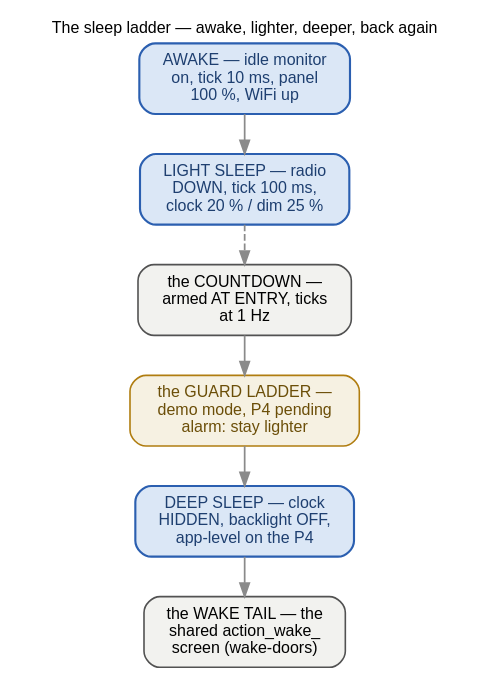
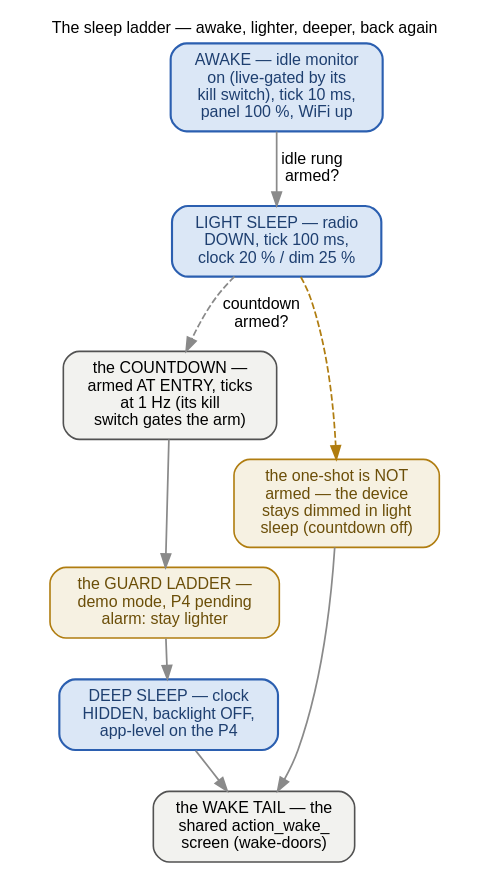
Before and after one commit to ukos-git/moon-clock-esp: the diagram in docs/_graphs/sleep-entry.dot, drawn with Graphviz. The commit also changed 38 other files, not shown here.

```diff
--- a/docs/_graphs/sleep-entry.dot
+++ b/docs/_graphs/sleep-entry.dot
@@ -1,40 +1,44 @@
 // The sleep-entry ladder as a black box: awake -> light sleep (which
 // ARMS the deep countdown at entry) -> the countdown -> the two
 // guards -> deep sleep -> the shared wake tail. Every edge verified
 // in components/clock/clock_idle.c, settings_store.c, main/main.cpp
 // (:625/:629) and components/ui/actions.c
 // (action_switch_to_light_sleep_screen :1476,
 // action_switch_to_deep_sleep_screen :1185). The guard internals are
 // docs/_graphs/sleep-entry-guards.dot; the exit side — which doors
 // wake it and what the tail does — is docs/_graphs/wake-doors.dot.
 // FONTS: 12 pt = the page's 16 px body text at 1:1 — kept inside the
 // content column.
 // Rendered inline as SVG by sphinx.ext.graphviz (dot on PATH).
 digraph sleep_entry {
     rankdir=TB;
     label="The sleep ladder — awake, lighter, deeper, back again";
     labelloc="t"; labeljust="c";
     fontname="Helvetica"; fontsize=12;
     graph [nodesep=0.4, ranksep=0.42];
     node [fontname="Helvetica", fontsize=12, shape=box, style="rounded,filled",
           width=0, height=0, margin="0.16,0.10", fillcolor="#f2f2ef",
           color="#525252", penwidth=1.2];
     edge [fontname="Helvetica", fontsize=12, color="#8a8a8a", penwidth=1.3];
 
-    awake [label="AWAKE — idle monitor\non, tick 10 ms, panel\n100 %, WiFi up",
+    awake [label="AWAKE — idle monitor\non (live-gated by its\nkill switch), tick 10 ms,\npanel 100 %, WiFi up",
            fillcolor="#dbe7f6", color="#2b5fb0", fontcolor="#1e3f70", penwidth=1.6];
     light [label="LIGHT SLEEP — radio\nDOWN, tick 100 ms,\nclock 20 % / dim 25 %",
            fillcolor="#dbe7f6", color="#2b5fb0", fontcolor="#1e3f70", penwidth=1.6];
-    count [label="the COUNTDOWN —\narmed AT ENTRY, ticks\nat 1 Hz"];
+    count [label="the COUNTDOWN —\narmed AT ENTRY, ticks\nat 1 Hz (its kill\nswitch gates the arm)"];
+    staylit [label="the one-shot is NOT\narmed — the device\nstays dimmed in light\nsleep (countdown off)",
+             fillcolor="#f6f1e2", color="#b07d10", fontcolor="#6b4e08"];
     guards [label="the GUARD LADDER —\ndemo mode, P4 pending\nalarm: stay lighter",
             fillcolor="#f6f1e2", color="#b07d10", fontcolor="#6b4e08"];
     deep [label="DEEP SLEEP — clock\nHIDDEN, backlight OFF,\napp-level on the P4",
           fillcolor="#dbe7f6", color="#2b5fb0", fontcolor="#1e3f70", penwidth=1.6];
     tail [label="the WAKE TAIL — the\nshared action_wake_\nscreen (wake-doors)"];
 
-    awake -> light;
-    light -> count [style=dashed];
+    awake -> light [label="idle rung\narmed?"];
+    light -> count [style=dashed, label="countdown\narmed?"];
+    light -> staylit [style=dashed, color="#b07d10"];
     count -> guards;
     guards -> deep;
     deep -> tail;
+    staylit -> tail;
 }
```
